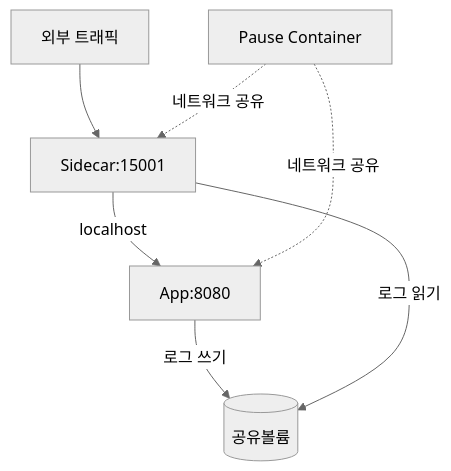
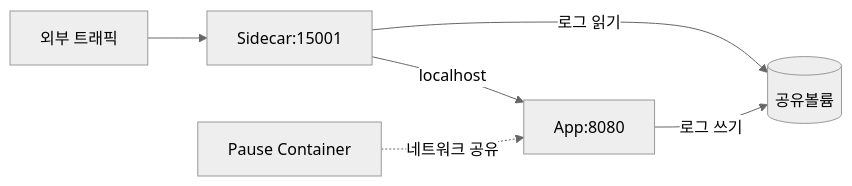
The first of 8 diagrams in _posts/architecture/2026-05-02-sidecar-pattern.md (yjkim2015/yjkim2015.github.io), drawn with Mermaid (neutral theme) before and after one commit. The commit also changed other lines of this file and 84 other files, not shown here.

First line of the commit message:
85개 포스트 Mermaid 다이어그램 규칙 일괄 수정

````diff
--- a/_posts/architecture/2026-05-02-sidecar-pattern.md
+++ b/_posts/architecture/2026-05-02-sidecar-pattern.md
@@ -56,9 +56,8 @@
 ```mermaid
-graph TB
-    ExternalTraffic["외부 트래픽"] --> Sidecar["Sidecar:15001"]
-    Sidecar -->|"localhost"| App["App:8080"]
-    App -->|"로그 쓰기"| Vol[("공유볼륨")]
-    Sidecar -->|"로그 읽기"| Vol
-    Pause["Pause Container"] -.->|"네트워크 공유"| App
-    Pause -.->|"네트워크 공유"| Sidecar
+graph LR
+    EXT["외부 트래픽"] --> SC["Sidecar:15001"]
+    SC -->|"localhost"| APP["App:8080"]
+    APP -->|"로그 쓰기"| VOL[("공유볼륨")]
+    SC -->|"로그 읽기"| VOL
+    PAU["Pause Container"] -.->|"네트워크 공유"| APP
 ```
````
